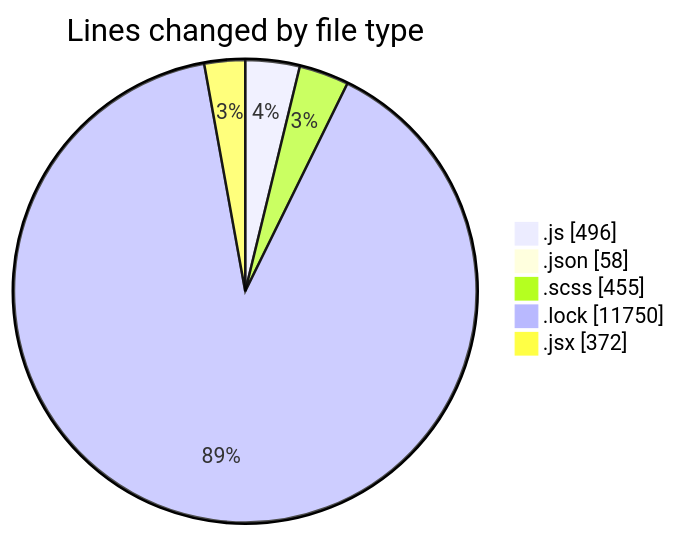
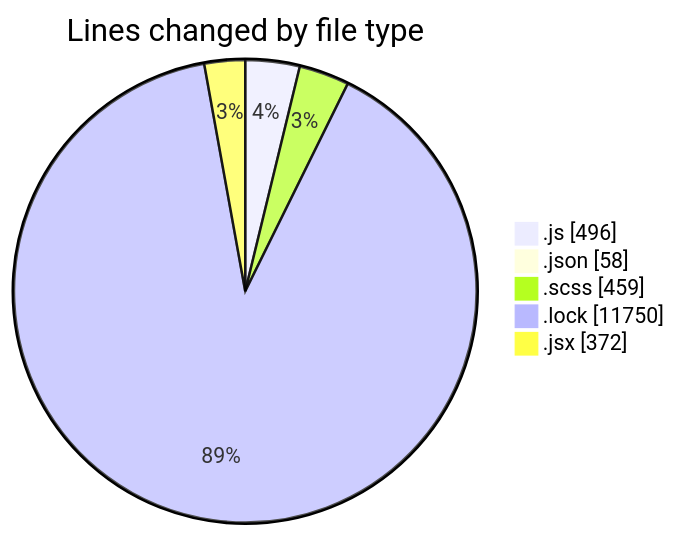
Before and after one commit to momahboobian/code-tracking: the first of 2 diagrams in 2026-01-08/cda/README.md, drawn with Mermaid. The commit also changed other lines of this file and 1 other file, not shown here.

````diff
--- a/2026-01-08/cda/README.md
+++ b/2026-01-08/cda/README.md
@@ -38,9 +38,9 @@
 ```mermaid
 pie showData
 title Lines changed by file type
 ".js" : 496
 ".json" : 58
-".scss" : 455
+".scss" : 459
 ".lock" : 11750
 ".jsx" : 372
 ```
````
